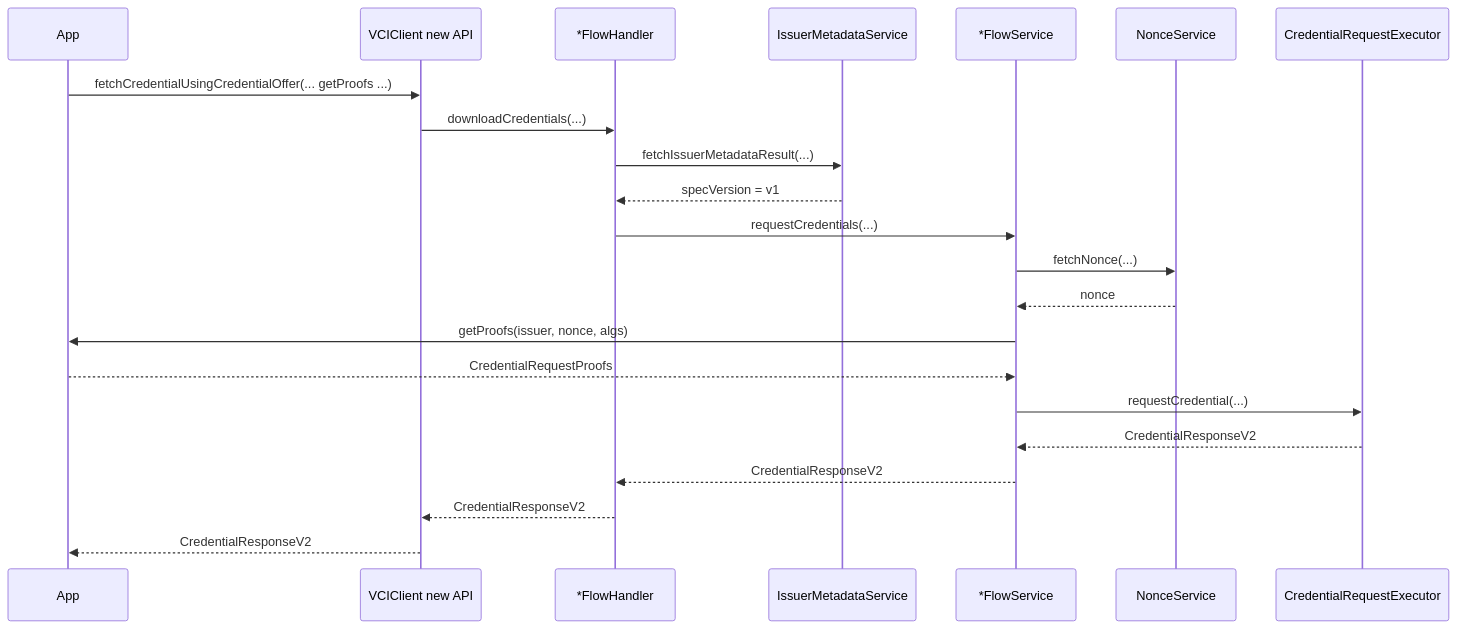
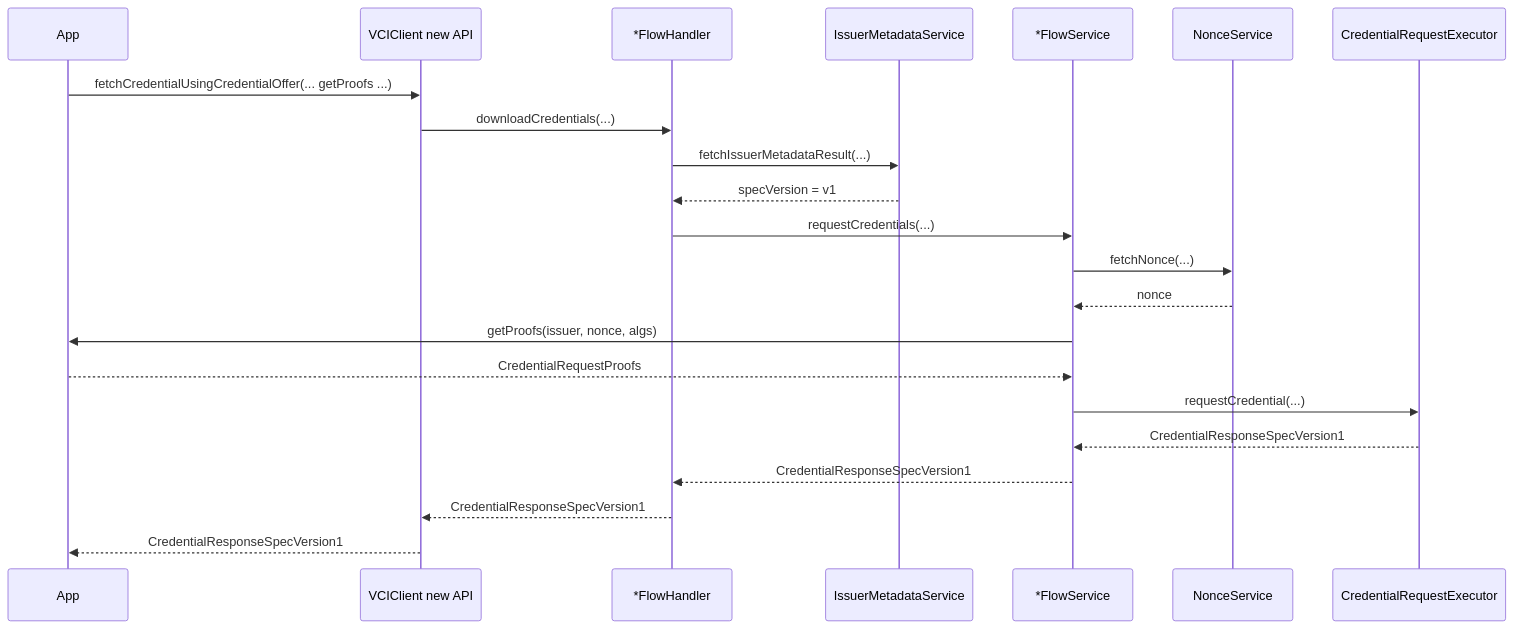
Before and after one commit to inji/inji-vci-client-ios-swift: the fourth of 5 diagrams in docs/adr/0001-openid4vci-v1-migration.md, drawn with Mermaid. The commit also changed other lines of this file and 31 other files, not shown here.

Commit message:
[INJIMOB-3812] refine OpenID4VCI SpecVersion1 API naming

````diff
--- a/docs/adr/0001-openid4vci-v1-migration.md
+++ b/docs/adr/0001-openid4vci-v1-migration.md
@@ -334,25 +349,25 @@
 ```mermaid
 sequenceDiagram
     participant App
     participant Client as VCIClient new API
     participant Handler as *FlowHandler
     participant Metadata as IssuerMetadataService
     participant Service as *FlowService
     participant Nonce as NonceService
     participant Exec as CredentialRequestExecutor
 
     App->>Client: fetchCredentialUsingCredentialOffer(... getProofs ...)
     Client->>Handler: downloadCredentials(...)
     Handler->>Metadata: fetchIssuerMetadataResult(...)
     Metadata-->>Handler: specVersion = v1
     Handler->>Service: requestCredentials(...)
     Service->>Nonce: fetchNonce(...)
     Nonce-->>Service: nonce
     Service->>App: getProofs(issuer, nonce, algs)
     App-->>Service: CredentialRequestProofs
     Service->>Exec: requestCredential(...)
-    Exec-->>Service: CredentialResponseV2
-    Service-->>Handler: CredentialResponseV2
-    Handler-->>Client: CredentialResponseV2
-    Client-->>App: CredentialResponseV2
+    Exec-->>Service: CredentialResponseSpecVersion1
+    Service-->>Handler: CredentialResponseSpecVersion1
+    Handler-->>Client: CredentialResponseSpecVersion1
+    Client-->>App: CredentialResponseSpecVersion1
 ```
````
